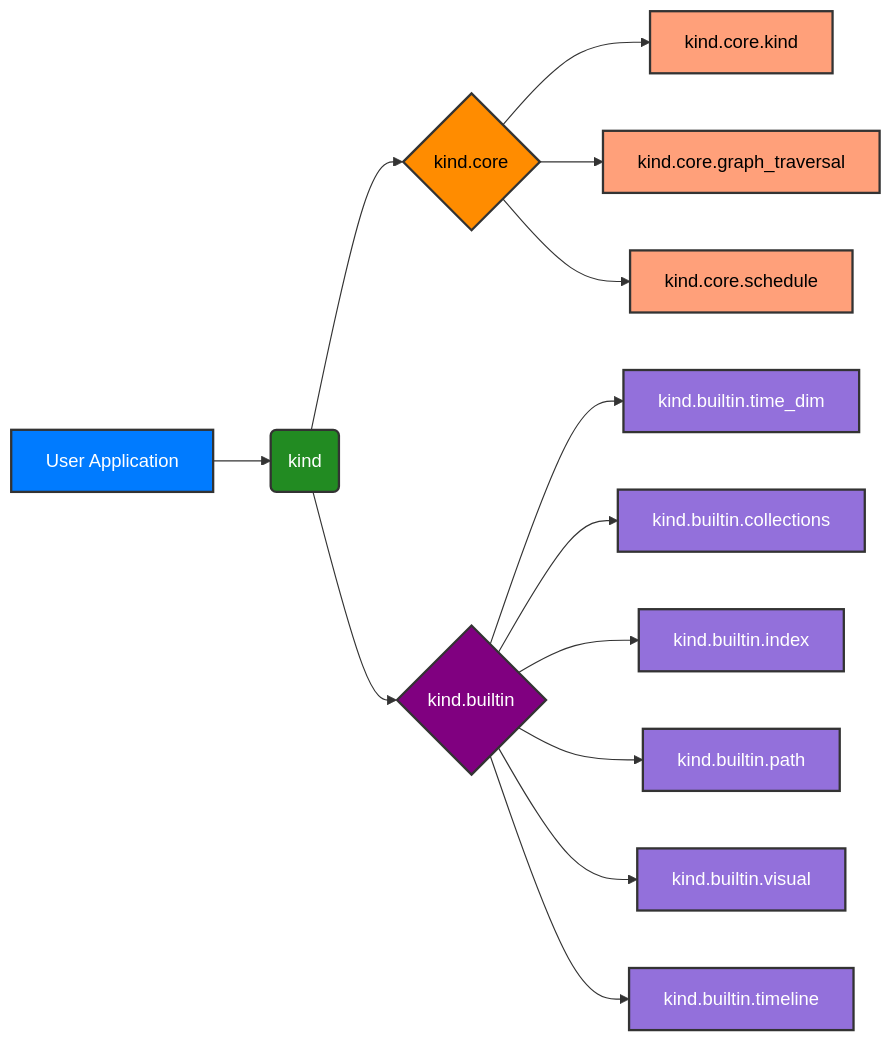
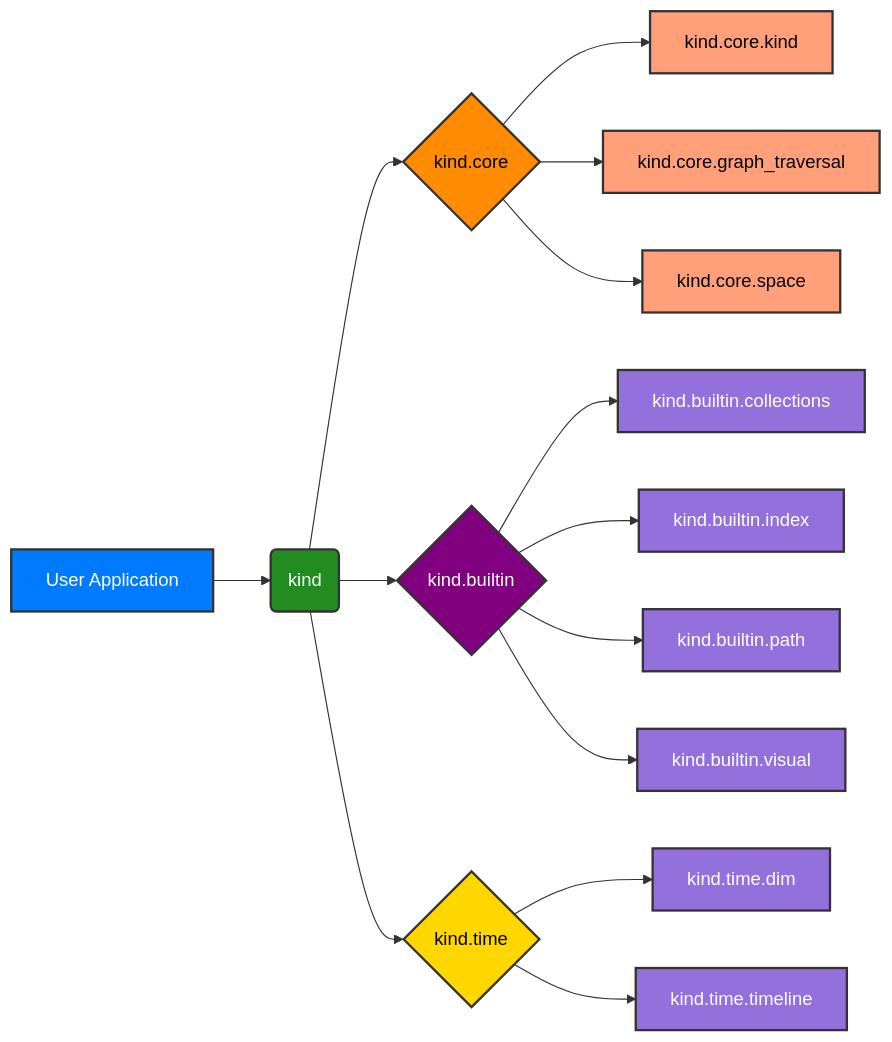
The first of 2 diagrams in docs/development/structure_overview.md (ikko/kind), drawn with Mermaid before and after one commit. The commit also changed other lines of this file and 78 other files, not shown here.

First line of the commit message:
v0.2.0: KindSpace makes the global state explicit; time is opt-in; scheduling is its own package

````diff
--- a/docs/development/structure_overview.md
+++ b/docs/development/structure_overview.md
@@ -8,29 +11,31 @@
 ```mermaid
 graph LR
     A[User Application] --> B(kind)
     B --> C{kind.core}
     B --> D{kind.builtin}
     C --> E[kind.core.kind]
     C --> F[kind.core.graph_traversal]
-    C --> G[kind.core.schedule]
-    D --> H[kind.builtin.time_dim]
+    C --> G[kind.core.space]
+    B --> T{kind.time}
+    T --> H[kind.time.dim]
     D --> I[kind.builtin.collections]
     D --> J[kind.builtin.index]
     D --> K[kind.builtin.path]
     D --> L[kind.builtin.visual]
-    D --> M[kind.builtin.timeline]
+    T --> M[kind.time.timeline]
     
     style A fill:#007BFF,stroke:#333,stroke-width:2px,color:#FFFFFF;
     style B fill:#228B22,stroke:#333,stroke-width:2px,color:#FFFFFF;
     style C fill:#FF8C00,stroke:#333,stroke-width:2px,color:#000000;
     style D fill:#800080,stroke:#333,stroke-width:2px,color:#FFFFFF;
     style E fill:#FFA07A,stroke:#333,stroke-width:2px,color:#000000;
     style F fill:#FFA07A,stroke:#333,stroke-width:2px,color:#000000;
     style G fill:#FFA07A,stroke:#333,stroke-width:2px,color:#000000;
+    style T fill:#FFD700,stroke:#333,stroke-width:2px,color:#000000;
     style H fill:#9370DB,stroke:#333,stroke-width:2px,color:#FFFFFF;
     style I fill:#9370DB,stroke:#333,stroke-width:2px,color:#FFFFFF;
     style J fill:#9370DB,stroke:#333,stroke-width:2px,color:#FFFFFF;
     style K fill:#9370DB,stroke:#333,stroke-width:2px,color:#FFFFFF;
     style L fill:#9370DB,stroke:#333,stroke-width:2px,color:#FFFFFF;
     style M fill:#9370DB,stroke:#333,stroke-width:2px,color:#FFFFFF;
 ```
````
